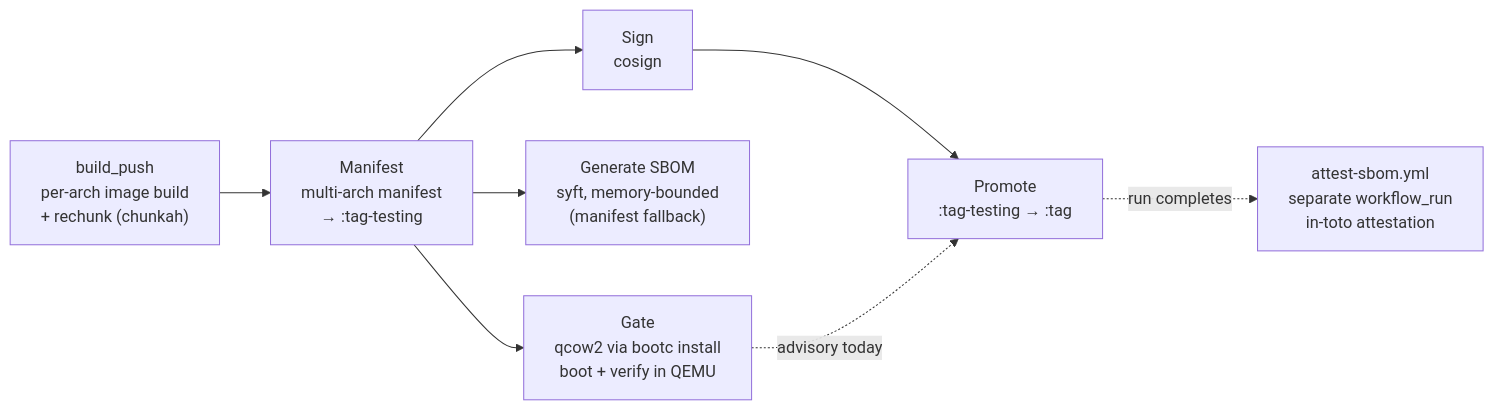
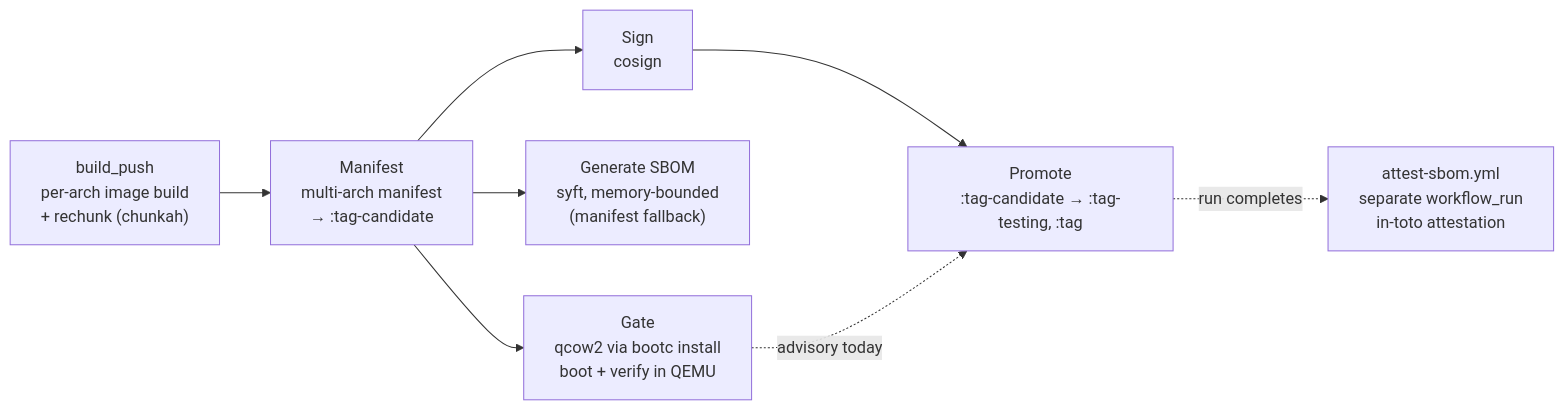
The third of 5 diagrams in docs/DEVELOPER-GUIDE.md (tuna-os/tunaOS), drawn with Mermaid before and after one commit. The commit also changed other lines of this file and 17 other files, not shown here.

First line of the commit message:
ci: rename the build candidate to -candidate and publish a gated -testing ring (RFC 018 phase 1)

````diff
--- a/docs/DEVELOPER-GUIDE.md
+++ b/docs/DEVELOPER-GUIDE.md
@@ -91,10 +91,10 @@
 ```mermaid
 flowchart LR
-    B["build_push<br/>per-arch image build<br/>+ rechunk (chunkah)"] --> M["Manifest<br/>multi-arch manifest<br/>→ :tag-testing"]
+    B["build_push<br/>per-arch image build<br/>+ rechunk (chunkah)"] --> M["Manifest<br/>multi-arch manifest<br/>→ :tag-candidate"]
     M --> S["Sign<br/>cosign"]
     M --> SB["Generate SBOM<br/>syft, memory-bounded<br/>(manifest fallback)"]
     M --> GT["Gate<br/>qcow2 via bootc install<br/>boot + verify in QEMU"]
-    S --> PR["Promote<br/>:tag-testing → :tag"]
+    S --> PR["Promote<br/>:tag-candidate → :tag-testing, :tag"]
     GT -.->|"advisory today"| PR
     PR -.->|"run completes"| AT["attest-sbom.yml<br/>separate workflow_run<br/>in-toto attestation"]
 ```
````
